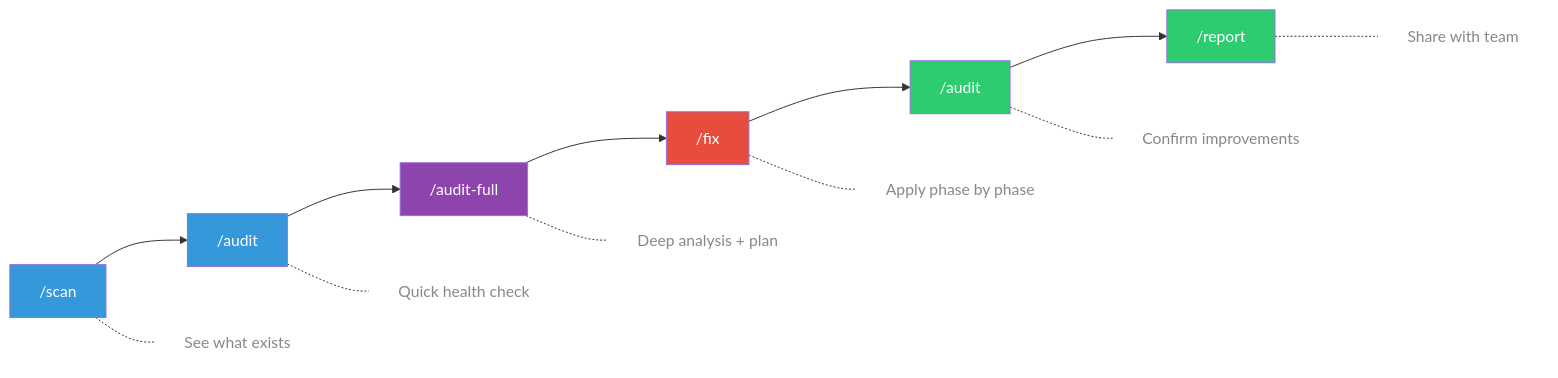
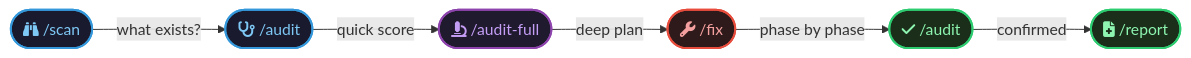
The second of 3 diagrams in README.md (damianwajser/claude-doctor), drawn with Mermaid before and after one commit. The commit also changed other lines of this file, not shown here.

First line of the commit message:
Upgrade Mermaid diagrams with subgraphs, icons, and dark theme

````diff
--- a/README.md
+++ b/README.md
@@ -105,28 +117,20 @@
 ```mermaid
-graph LR
-    SCAN["/scan"] --> AUDIT["/audit"]
-    AUDIT --> FULL["/audit-full"]
-    FULL --> FIX["/fix"]
-    FIX --> VERIFY["/audit"]
-    VERIFY --> REPORT["/report"]
+flowchart LR
+    SCAN(["fa:fa-binoculars /scan"]):::blue
+    AUDIT(["fa:fa-stethoscope /audit"]):::blue
+    FULL(["fa:fa-microscope /audit-full"]):::purple
+    FIX(["fa:fa-wrench /fix"]):::red
+    VERIFY(["fa:fa-check /audit"]):::green
+    REPORT(["fa:fa-file-medical /report"]):::green
 
-    SCAN -.- S1["See what exists"]
-    AUDIT -.- S2["Quick health check"]
-    FULL -.- S3["Deep analysis + plan"]
-    FIX -.- S4["Apply phase by phase"]
-    VERIFY -.- S5["Confirm improvements"]
-    REPORT -.- S6["Share with team"]
+    SCAN -- "what exists?" --> AUDIT
+    AUDIT -- "quick score" --> FULL
+    FULL -- "deep plan" --> FIX
+    FIX -- "phase by phase" --> VERIFY
+    VERIFY -- "confirmed" --> REPORT
 
-    style SCAN fill:#3498DB,color:#fff
-    style AUDIT fill:#3498DB,color:#fff
-    style FULL fill:#8E44AD,color:#fff
-    style FIX fill:#E74C3C,color:#fff
-    style VERIFY fill:#2ECC71,color:#fff
-    style REPORT fill:#2ECC71,color:#fff
-    style S1 fill:none,stroke:none,color:#888
-    style S2 fill:none,stroke:none,color:#888
-    style S3 fill:none,stroke:none,color:#888
-    style S4 fill:none,stroke:none,color:#888
-    style S5 fill:none,stroke:none,color:#888
-    style S6 fill:none,stroke:none,color:#888
+    classDef blue fill:#1a1a2e,stroke:#3498DB,stroke-width:2px,color:#7ec8f5
+    classDef purple fill:#1f1a2e,stroke:#8E44AD,stroke-width:2px,color:#c49ef5
+    classDef red fill:#2e1a1a,stroke:#E74C3C,stroke-width:2px,color:#f5a0a0
+    classDef green fill:#1a2e1a,stroke:#2ECC71,stroke-width:2px,color:#8ef5b0
 ```
````
